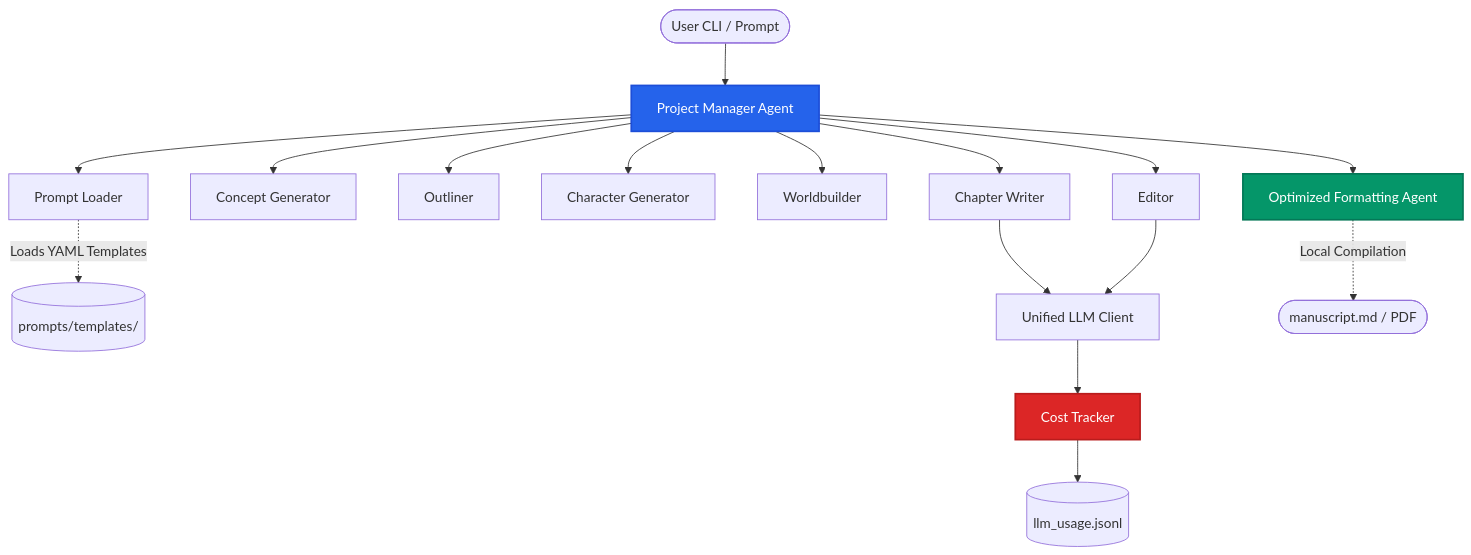
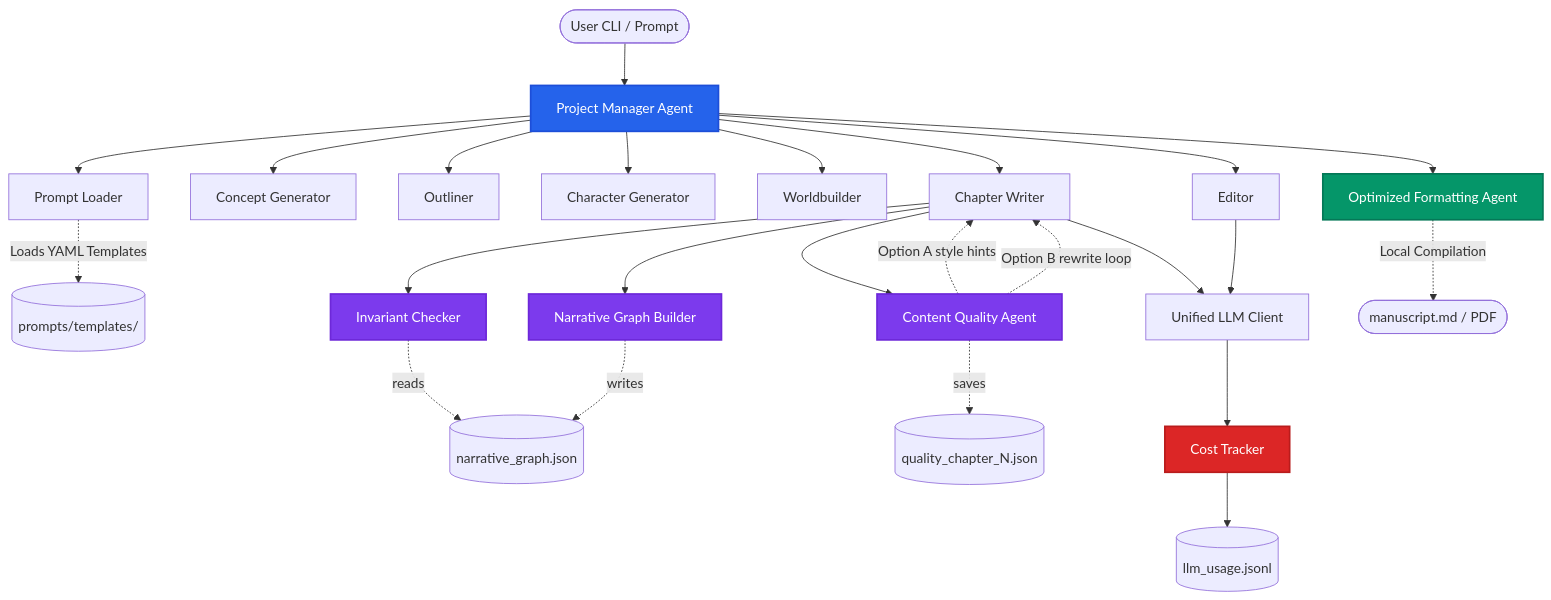
One commit to guerra2fernando/libriscribe changed the diagram in README.md. Above: the diagram before and after it, drawn with Mermaid. The commit also changed other lines of this file and 16 other files, not shown here.

First line of the commit message:
feat(narrative): add Narrative Quality Layer and update docs

````diff
--- a/README.md
+++ b/README.md
@@ -34,24 +34,36 @@
 ```mermaid
 graph TD
     User([User CLI / Prompt]) --> PM[Project Manager Agent]
     PM --> PL[Prompt Loader]
     PL -. Loads YAML Templates .-> Templates[(prompts/templates/)]
-    
+
     PM --> CG[Concept Generator]
     PM --> OL[Outliner]
     PM --> CH[Character Generator]
     PM --> WB[Worldbuilder]
     PM --> CW[Chapter Writer]
     PM --> ED[Editor]
-    
+
+    CW --> IC[Invariant Checker]
+    IC -. reads .-> NG[(narrative_graph.json)]
+    CW --> NGB[Narrative Graph Builder]
+    NGB -. writes .-> NG
+    CW --> CQA[Content Quality Agent]
+    CQA -. Option A style hints .-> CW
+    CQA -. Option B rewrite loop .-> CW
+    CQA -. saves .-> QR[(quality_chapter_N.json)]
+
     CW & ED --> LLM[Unified LLM Client]
     LLM --> CT[Cost Tracker]
     CT --> Log[(llm_usage.jsonl)]
-    
+
     PM --> FA[Optimized Formatting Agent]
     FA -. Local Compilation .-> Manuscript([manuscript.md / PDF])
-    
+
     style PM fill:#2563EB,stroke:#1D4ED8,color:#FFFFFF,stroke-width:2px
     style FA fill:#059669,stroke:#047857,color:#FFFFFF,stroke-width:2px
     style CT fill:#DC2626,stroke:#B91C1C,color:#FFFFFF,stroke-width:2px
+    style IC fill:#7C3AED,stroke:#6D28D9,color:#FFFFFF,stroke-width:2px
+    style NGB fill:#7C3AED,stroke:#6D28D9,color:#FFFFFF,stroke-width:2px
+    style CQA fill:#7C3AED,stroke:#6D28D9,color:#FFFFFF,stroke-width:2px
 ```
````
